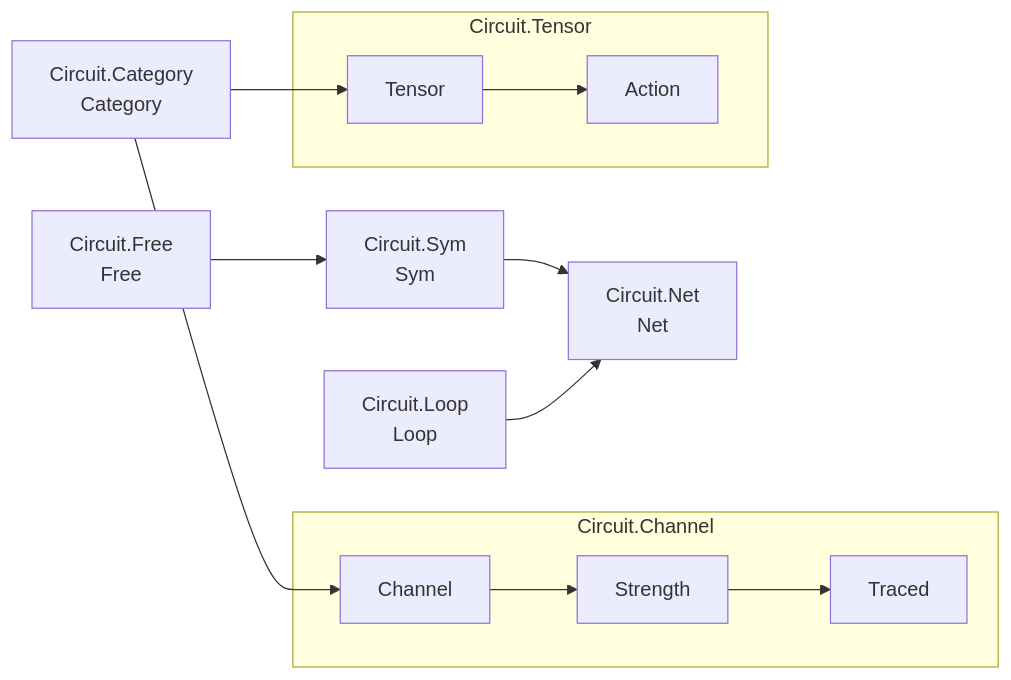
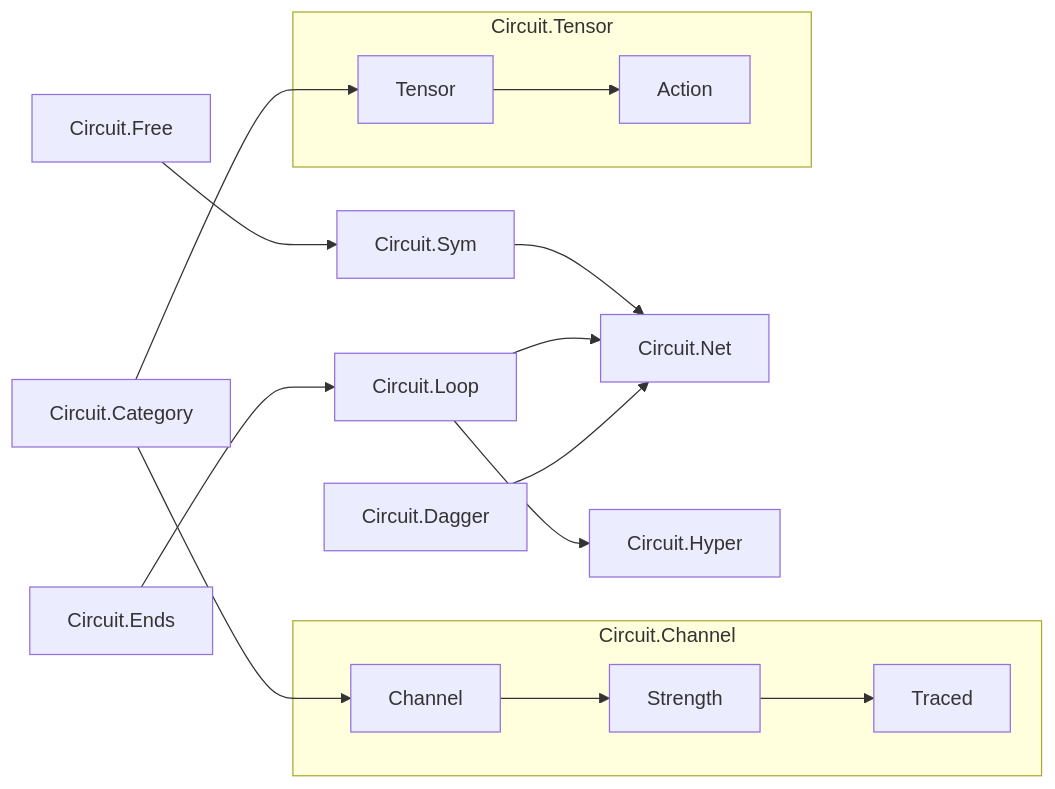
The third of 3 diagrams in other/circuits-dag.md (tonyday567/circuits), drawn with Mermaid before and after one commit. The commit also changed other lines of this file, not shown here.

Commit message:
Update circuits-dag.md to match merged Ends/Box/Queue view

````diff
--- a/other/circuits-dag.md
+++ b/other/circuits-dag.md
@@ -81,25 +90,31 @@
 ```mermaid
 graph LR
-  CategoryMod["Circuit.Category<br/>Category"]
+  Category["Circuit.Category"]
 
-  subgraph ChannelMod ["Circuit.Channel"]
-    Channel["Channel"]
+  subgraph Channel ["Circuit.Channel"]
+    ChannelClass["Channel"]
     Strength["Strength"]
     Traced["Traced"]
   end
 
-  subgraph TensorMod ["Circuit.Tensor"]
-    Tensor["Tensor"]
+  subgraph Tensor ["Circuit.Tensor"]
+    TensorClass["Tensor"]
     Action["Action"]
   end
 
-  FreeMod["Circuit.Free<br/>Free"]
-  SymMod["Circuit.Sym<br/>Sym"]
-  NetMod["Circuit.Net<br/>Net"]
-  LoopMod["Circuit.Loop<br/>Loop"]
+  Free["Circuit.Free"]
+  Sym["Circuit.Sym"]
+  Net["Circuit.Net"]
+  Loop["Circuit.Loop"]
+  Hyper["Circuit.Hyper"]
+  Dagger["Circuit.Dagger"]
+  Ends["Circuit.Ends"]
 
-  CategoryMod --> Channel --> Strength --> Traced
-  CategoryMod --> Tensor --> Action
-  FreeMod --> SymMod --> NetMod
-  LoopMod --> NetMod
+  Category --> ChannelClass --> Strength --> Traced
+  Category --> TensorClass --> Action
+  Free --> Sym --> Net
+  Loop --> Net
+  Loop --> Hyper
+  Dagger --> Net
+  Ends --> Loop
 ```
````
